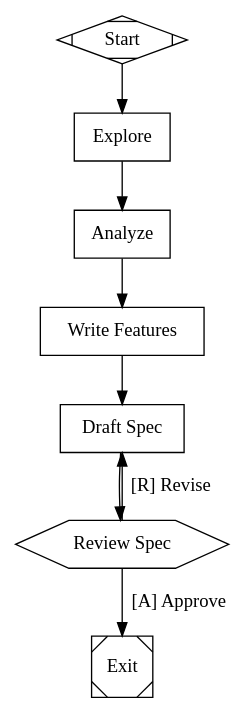
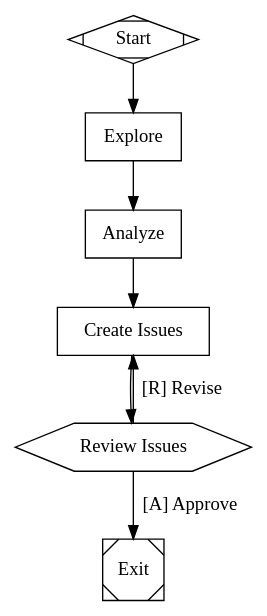
Before and after one commit to blakeai/attractor: the diagram in pipelines/discovery.dot, drawn with Graphviz.

Commit message:
feat: rewrite discovery pipeline for agentic tool use and GH issues
Stages now use tools to explore the repo and create GitHub issues as
the deliverable instead of writing markdown docs. Three stages:
explore (read/grep/glob the repo), analyze (break down into work
items), create_issues (gh issue create for each).

```diff
--- a/pipelines/discovery.dot
+++ b/pipelines/discovery.dot
@@ -1,36 +1,31 @@
 digraph Discovery {
-    graph [goal="$goal"]
+    graph [goal="$goal", repo="$repo"]
     node [shape=box]
 
     start [shape=Mdiamond, label="Start"]
     exit  [shape=Msquare, label="Exit"]
 
     explore [
         label="Explore",
-        prompt="Your goal is: $goal\n\nNon-interactive research phase. Read the feature request or issue, explore the codebase for relevant patterns, conventions, and integration points. Identify existing code that relates to this goal. Output raw findings only — no recommendations yet."
+        prompt="Your goal is: $goal\nRepo: $repo\n\nExplore the codebase. Use your tools — read files, glob for patterns, grep for keywords, run shell commands. Understand the repo structure, existing code, tech stack, conventions, and anything relevant to the goal. If the repo is empty or new, note that and focus on what the project needs based on the goal and any README or docs present.\n\nOutput a summary of your raw findings."
     ]
 
     analyze [
         label="Analyze",
-        prompt="Your goal is: $goal\n\nArchitectural analysis phase. Based on the exploration findings, make architectural decisions with rationale. Identify specific files and patterns to follow. Define what is MUST (required scope), SHOULD (nice-to-have), and OUT-OF-SCOPE. Provide clear guidance on approach and integration points."
+        prompt="Your goal is: $goal\nRepo: $repo\n\nBased on your exploration, make architectural decisions. Break the goal down into discrete, implementable pieces of work. For each piece identify:\n- What it does (clear scope)\n- Why it matters\n- Key technical decisions or constraints\n- Acceptance criteria\n\nKeep each piece small enough to be a single focused issue. Think about dependency order — what needs to be built first?"
     ]
 
-    write_features [
-        label="Write Features",
-        prompt="Your goal is: $goal\n\nWrite Gherkin .feature files capturing acceptance criteria as BDD scenarios. Use Background for shared setup, Rules for grouping related scenarios, and Given/When/Then for each scenario. These feature files become the contract for engineering and acceptance. Place them co-located with the feature code."
-    ]
-
-    draft_spec [
-        label="Draft Spec",
-        prompt="Your goal is: $goal\n\nSynthesize the exploration findings, architectural analysis, and Gherkin feature files into a discovery document. Include: requirements summary, architecture guidance, open questions, and references to the .feature files produced. This spec hands off to the engineering pipeline."
+    create_issues [
+        label="Create Issues",
+        prompt="Your goal is: $goal\nRepo: $repo\n\nCreate GitHub issues for each piece of work identified in the analysis. Use the shell tool to run gh commands.\n\nFor each issue run:\ngh issue create --title \"<title>\" --body \"<body>\" --label \"discovery\"\n\nThe body should include:\n- Summary of what needs to be done\n- Acceptance criteria as a checklist\n- Any relevant technical context or constraints\n- Dependencies on other issues if applicable\n\nCreate issues in dependency order (foundational work first). After creating all issues, run `gh issue list` to confirm they were created."
     ]
 
     review_gate [
         shape=hexagon,
-        label="Review Spec"
+        label="Review Issues"
     ]
 
-    start -> explore -> analyze -> write_features -> draft_spec -> review_gate
-    review_gate -> exit       [label="[A] Approve"]
-    review_gate -> draft_spec [label="[R] Revise"]
+    start -> explore -> analyze -> create_issues -> review_gate
+    review_gate -> exit           [label="[A] Approve"]
+    review_gate -> create_issues  [label="[R] Revise"]
 }
```
